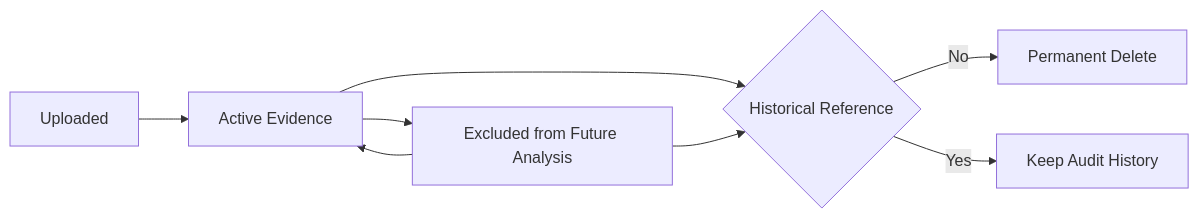
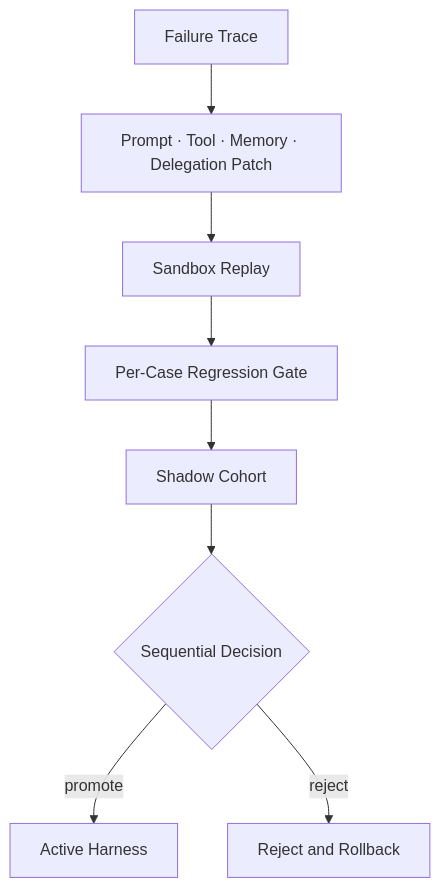
One commit to jiaweine/EcomEvo-Harness changed the third of 4 diagrams in README.md. Above: the diagram before and after it, drawn with Mermaid. The commit also changed other lines of this file and 14 other files, not shown here.

````diff
--- a/README.md
+++ b/README.md
@@ -106,12 +115,10 @@
 ```mermaid
-flowchart LR
-    UPLOAD[Uploaded] --> ACTIVE[Active Evidence]
-    ACTIVE --> EXCLUDE[Excluded from Future Analysis]
-    EXCLUDE --> ACTIVE
-
-    ACTIVE --> REF{Historical Reference}
-    EXCLUDE --> REF
-
-    REF -->|No| DELETE[Permanent Delete]
-    REF -->|Yes| KEEP[Keep Audit History]
+flowchart TB
+    FAIL[Failure Trace] --> PATCH[Prompt · Tool · Memory · Delegation Patch]
+    PATCH --> REPLAY[Sandbox Replay]
+    REPLAY --> REGRESS[Per-Case Regression Gate]
+    REGRESS --> SHADOW[Shadow Cohort]
+    SHADOW --> DECIDE{Sequential Decision}
+    DECIDE -->|promote| ACTIVE[Active Harness]
+    DECIDE -->|reject| ROLLBACK[Reject and Rollback]
 ```
````
